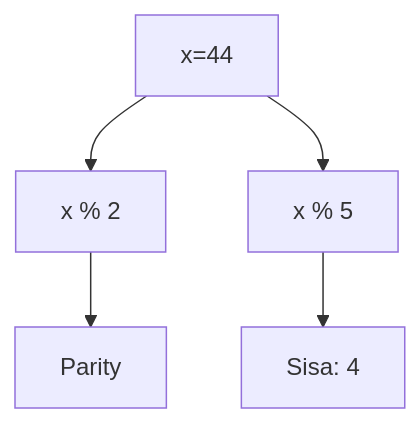
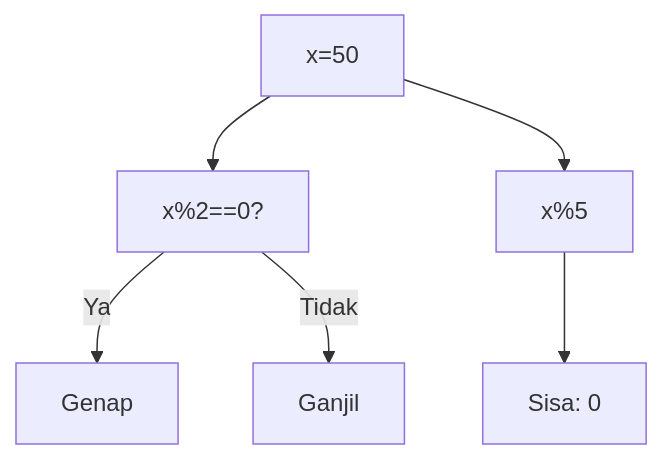
Diagram 11 of 25 in part-c-pemahaman-cpp/04-fungsi/latihan/set-08.md (amnahwaida/OSNK_INF_PREP), drawn with Mermaid before and after one commit. The commit also changed other lines of this file and 71 other files, not shown here.

Commit message:
Fixed Mermaid syntax lexical errors with quoted labels in 1,800 questions

````diff
--- a/part-c-pemahaman-cpp/04-fungsi/latihan/set-08.md
+++ b/part-c-pemahaman-cpp/04-fungsi/latihan/set-08.md
@@ -414,7 +328,8 @@
 ```mermaid
 graph TD
-A[x=44] --> B[x % 2]
-B --> C[Parity]
-A --> D[x % 5]
-D --> E[Sisa: 4]
+A["x=50"] --> B["x%2==0?"]
+B -- Ya --> C["Genap"]
+B -- Tidak --> D["Ganjil"]
+A --> E["x%5"]
+E --> F["Sisa: 0"]
 ```
````
